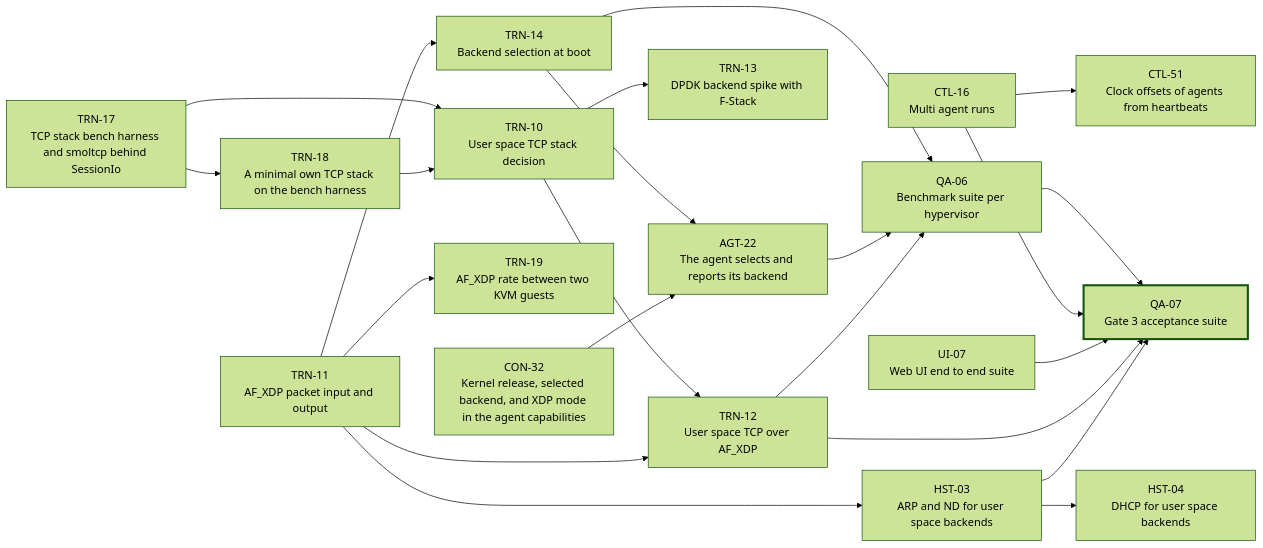
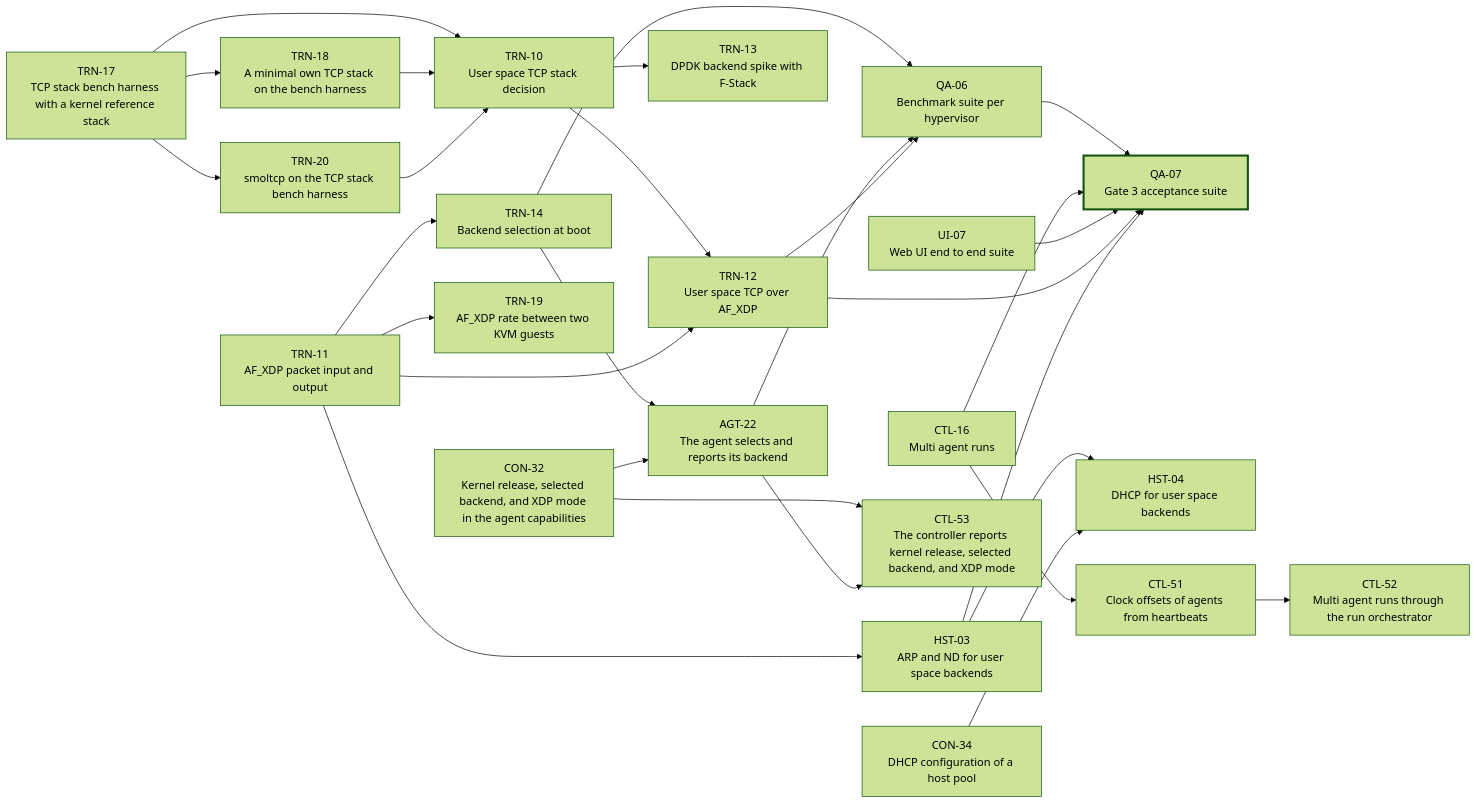
One commit to alrawi/FixingPointSystem changed the diagram in docs/wiki/Work-Packages-Phase-3.md. Above: the diagram before and after it, drawn with Mermaid (forest theme). The commit also changed other lines of this file and 2 other files, not shown here.

````diff
--- a/docs/wiki/Work-Packages-Phase-3.md
+++ b/docs/wiki/Work-Packages-Phase-3.md
@@ -12,43 +12,53 @@
 ```mermaid
 flowchart LR
   TRN_10["TRN-10<br/>User space TCP stack decision"]
   TRN_11["TRN-11<br/>AF_XDP packet input and output"]
   TRN_12["TRN-12<br/>User space TCP over AF_XDP"]
   HST_03["HST-03<br/>ARP and ND for user space backends"]
   TRN_13["TRN-13<br/>DPDK backend spike with F-Stack"]
   TRN_14["TRN-14<br/>Backend selection at boot"]
   CTL_16["CTL-16<br/>Multi agent runs"]
   UI_07["UI-07<br/>Web UI end to end suite"]
   QA_06["QA-06<br/>Benchmark suite per hypervisor"]
   QA_07["QA-07<br/>Gate 3 acceptance suite"]
-  TRN_17["TRN-17<br/>TCP stack bench harness and smoltcp behind SessionIo"]
+  TRN_17["TRN-17<br/>TCP stack bench harness with a kernel reference stack"]
+  TRN_20["TRN-20<br/>smoltcp on the TCP stack bench harness"]
   TRN_18["TRN-18<br/>A minimal own TCP stack on the bench harness"]
   TRN_19["TRN-19<br/>AF_XDP rate between two KVM guests"]
   HST_04["HST-04<br/>DHCP for user space backends"]
   AGT_22["AGT-22<br/>The agent selects and reports its backend"]
   CON_32["CON-32<br/>Kernel release, selected backend, and XDP mode in the agent capabilities"]
   CTL_51["CTL-51<br/>Clock offsets of agents from heartbeats"]
+  CTL_52["CTL-52<br/>Multi agent runs through the run orchestrator"]
+  CTL_53["CTL-53<br/>The controller reports kernel release, selected backend, and XDP mode"]
+  CON_34["CON-34<br/>DHCP configuration of a host pool"]
   TRN_17 --> TRN_10
   TRN_18 --> TRN_10
+  TRN_20 --> TRN_10
   TRN_10 --> TRN_12
   TRN_11 --> TRN_12
   TRN_11 --> HST_03
   TRN_10 --> TRN_13
   TRN_11 --> TRN_14
   TRN_14 --> QA_06
   AGT_22 --> QA_06
   TRN_12 --> QA_06
   QA_06 --> QA_07
   CTL_16 --> QA_07
   UI_07 --> QA_07
   TRN_12 --> QA_07
   HST_03 --> QA_07
+  TRN_17 --> TRN_20
   TRN_17 --> TRN_18
   TRN_11 --> TRN_19
   HST_03 --> HST_04
+  CON_34 --> HST_04
   TRN_14 --> AGT_22
   CON_32 --> AGT_22
   CTL_16 --> CTL_51
+  CTL_51 --> CTL_52
+  CON_32 --> CTL_53
+  AGT_22 --> CTL_53
   classDef critical stroke-width:3px
   class QA_07 critical
 ```
````
